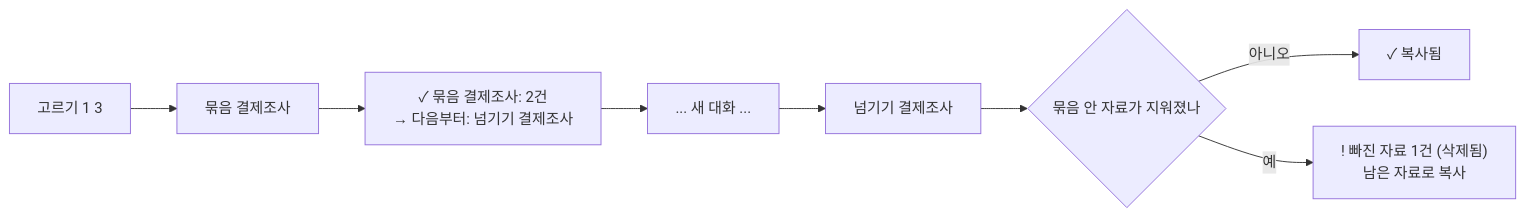
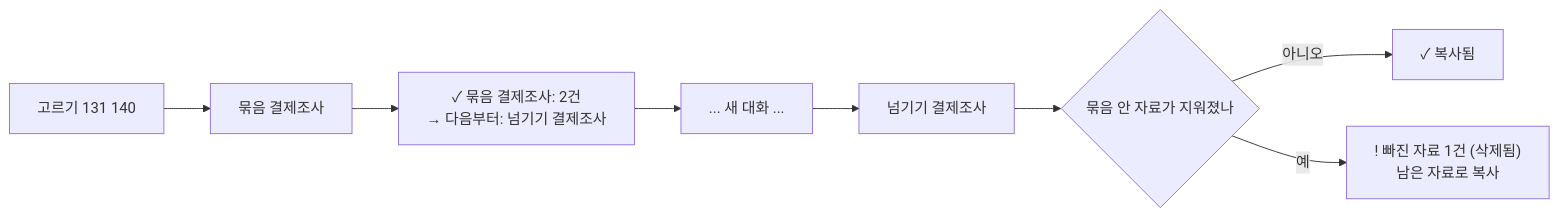
The seventh of 10 diagrams in docs/planning/user-flow.md (delightPIP/grep), drawn with Mermaid before and after one commit. The commit also changed other lines of this file and 4 other files, not shown here.

````diff
--- a/docs/planning/user-flow.md
+++ b/docs/planning/user-flow.md
@@ -205,10 +221,10 @@
 ```mermaid
 flowchart LR
-    A["고르기 1 3"] --> B["묶음 결제조사"]
+    A["고르기 131 140"] --> B["묶음 결제조사"]
     B --> C["✓ 묶음 결제조사: 2건<br/>→ 다음부터: 넘기기 결제조사"]
     C --> D["... 새 대화 ..."]
     D --> E["넘기기 결제조사"]
     E --> F{"묶음 안 자료가 지워졌나"}
     F -- "아니오" --> G["✓ 복사됨"]
     F -- "예" --> H["! 빠진 자료 1건 (삭제됨)<br/>남은 자료로 복사"]
 ```
````
